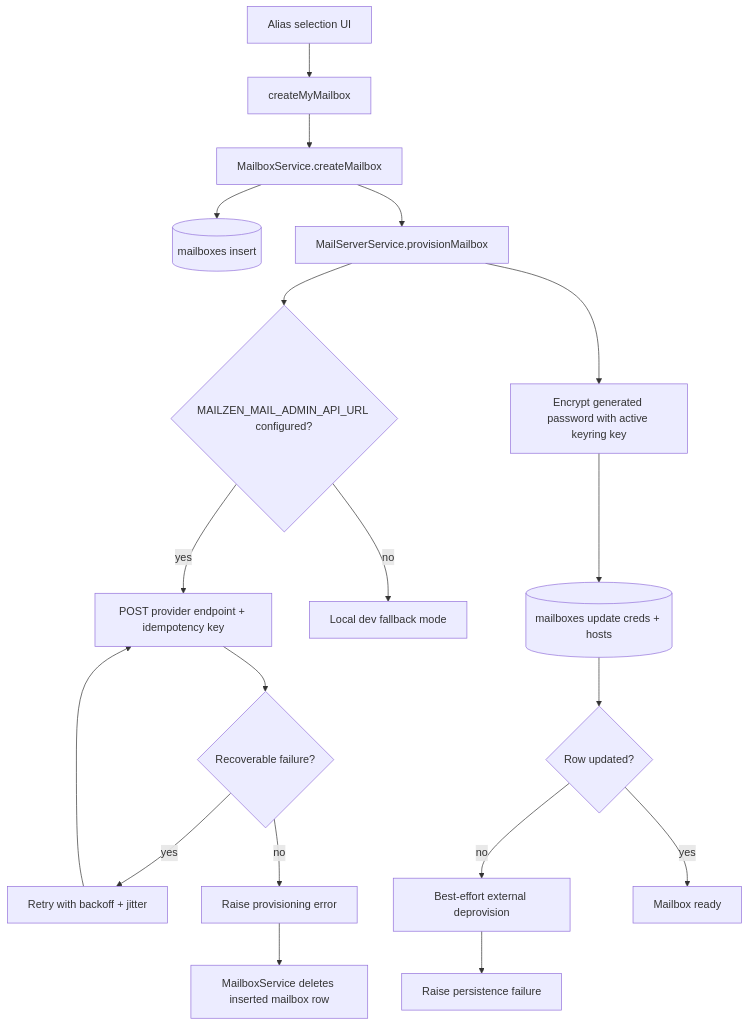
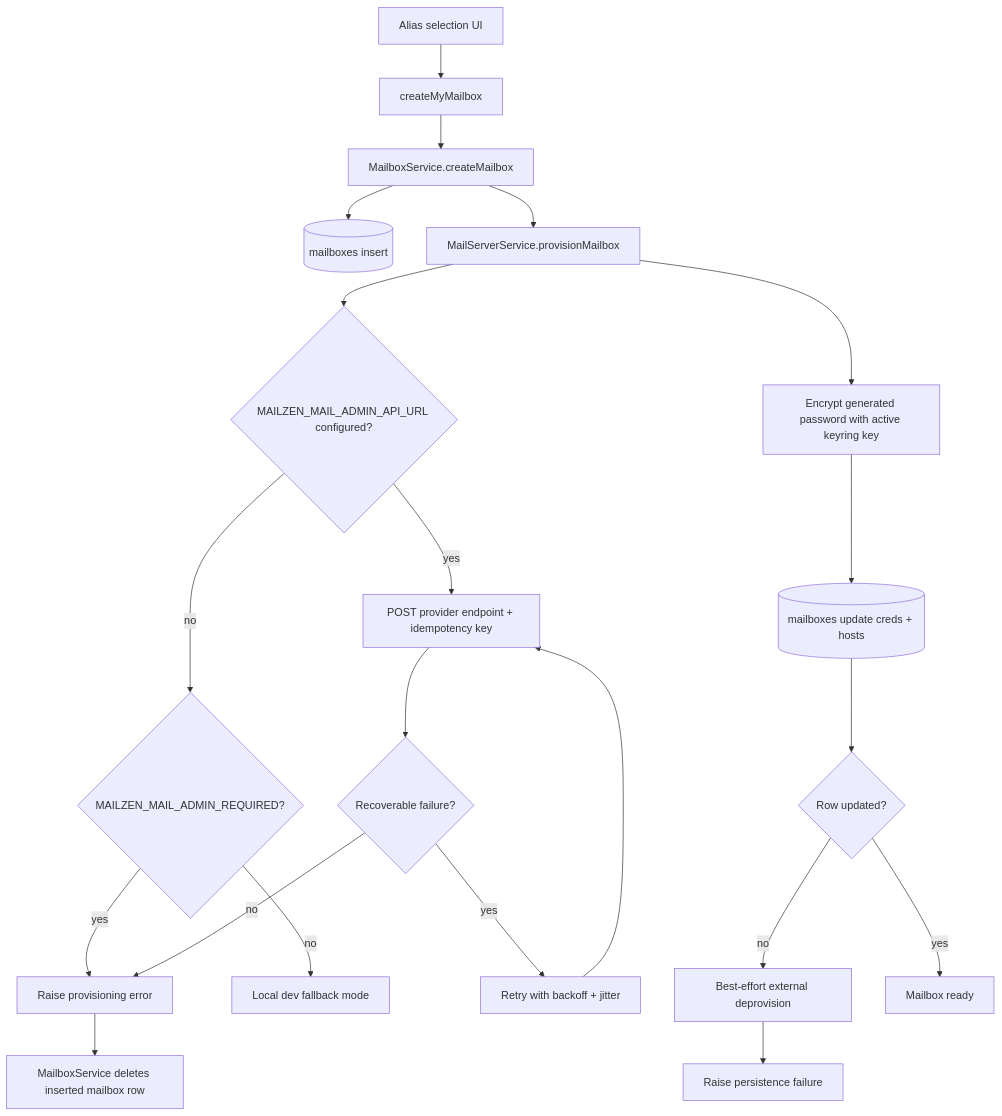
Before and after one commit to AmanVatsSharma/MailZen-Smart-Email-Management: the first of 3 diagrams in apps/backend/src/mailbox/README.md, drawn with Mermaid. The commit also changed other lines of this file and 3 other files, not shown here.

Commit message:
Require mail admin API when provisioning is strict

````diff
--- a/apps/backend/src/mailbox/README.md
+++ b/apps/backend/src/mailbox/README.md
@@ -74,21 +74,23 @@
 ```mermaid
 flowchart TD
   UI[Alias selection UI] --> GQL[createMyMailbox]
   GQL --> Service[MailboxService.createMailbox]
   Service --> DB1[(mailboxes insert)]
   Service --> Provision[MailServerService.provisionMailbox]
   Provision --> API{MAILZEN_MAIL_ADMIN_API_URL configured?}
+  API -->|no| Required{MAILZEN_MAIL_ADMIN_REQUIRED?}
+  Required -->|yes| Fail[Raise provisioning error]
+  Required -->|no| Skip[Local dev fallback mode]
   API -->|yes| AdminAPI[POST provider endpoint + idempotency key]
   AdminAPI --> Retry{Recoverable failure?}
   Retry -->|yes| Backoff[Retry with backoff + jitter]
   Backoff --> AdminAPI
-  Retry -->|no| Fail[Raise provisioning error]
+  Retry -->|no| Fail
   Fail --> Rollback[MailboxService deletes inserted mailbox row]
-  API -->|no| Skip[Local dev fallback mode]
   Provision --> Encrypt[Encrypt generated password with active keyring key]
   Encrypt --> DB2[(mailboxes update creds + hosts)]
   DB2 --> PersistFail{Row updated?}
   PersistFail -->|no| ExtRollback[Best-effort external deprovision]
   ExtRollback --> Error[Raise persistence failure]
   PersistFail -->|yes| Done[Mailbox ready]
 ```
````
